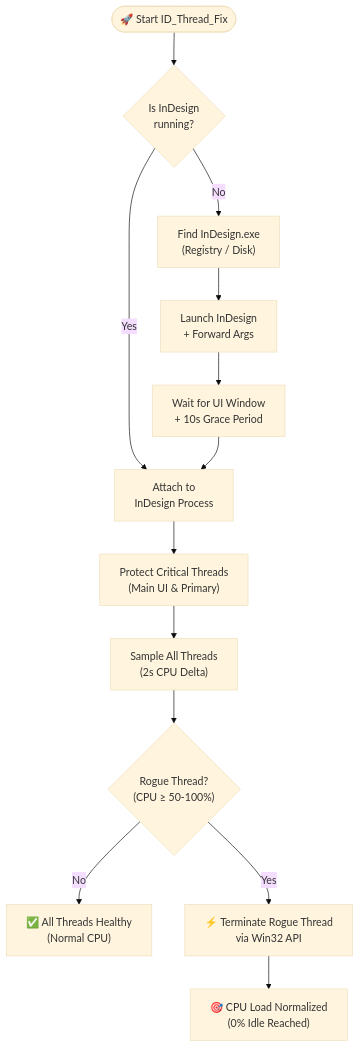
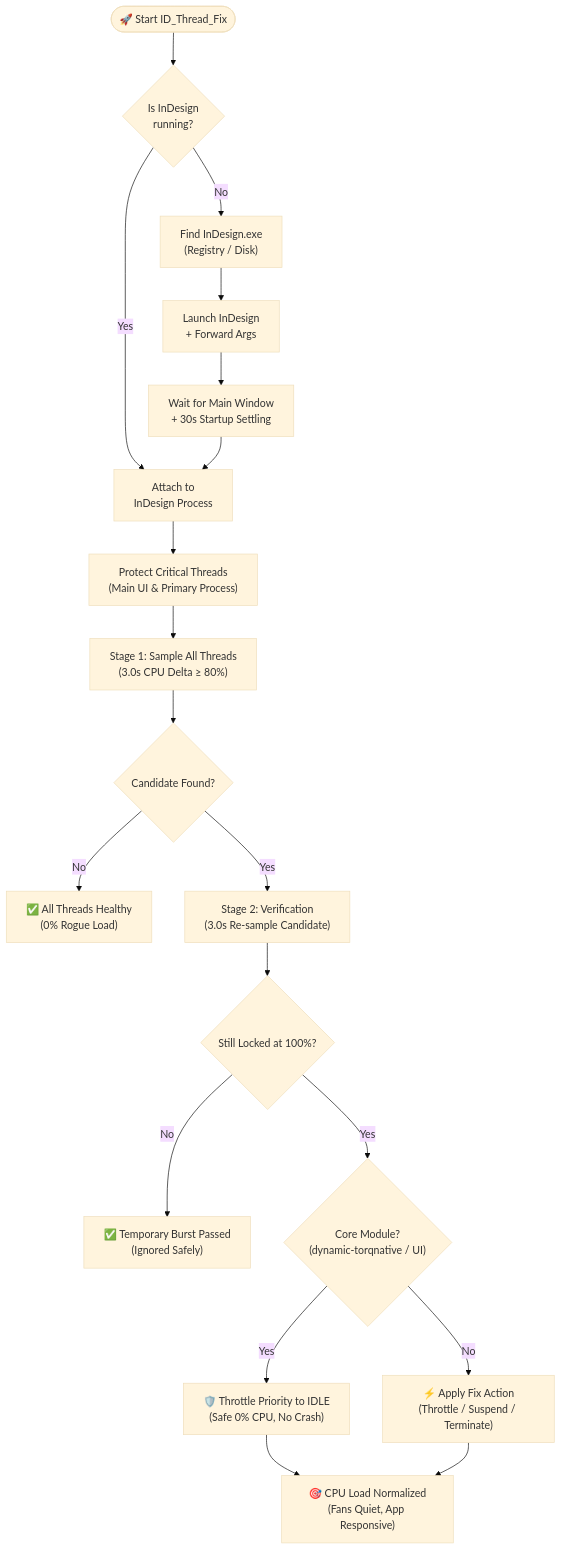
Before and after one commit to SaidAuita/ID_Thread_Fix: the first of 2 diagrams in README.md, drawn with Mermaid (base theme). The commit also changed other lines of this file and 3 other files, not shown here.

Commit message:
feat: v1.1.0 - Add priority throttling, core module whitelist, and dual-stage verification to prevent crashes

````diff
--- a/README.md
+++ b/README.md
@@ -64,15 +65,21 @@
 ```mermaid
 flowchart TD
     A(["🚀 Start ID_Thread_Fix"]) --> B{"Is InDesign<br/>running?"}
     B -- No --> C["Find InDesign.exe<br/>(Registry / Disk)"]
     C --> D["Launch InDesign<br/>+ Forward Args"]
-    D --> E["Wait for UI Window<br/>+ 10s Grace Period"]
+    D --> E["Wait for Main Window<br/>+ 30s Startup Settling"]
     B -- Yes --> F["Attach to<br/>InDesign Process"]
     E --> F
-    F --> G["Protect Critical Threads<br/>(Main UI & Primary)"]
-    G --> H["Sample All Threads<br/>(2s CPU Delta)"]
-    H --> I{"Rogue Thread?<br/>(CPU &ge; 50-100%)"}
-    I -- No --> J["✅ All Threads Healthy<br/>(Normal CPU)"]
-    I -- Yes --> K["⚡ Terminate Rogue Thread<br/>via Win32 API"]
-    K --> L["🎯 CPU Load Normalized<br/>(0% Idle Reached)"]
+    F --> G["Protect Critical Threads<br/>(Main UI & Primary Process)"]
+    G --> H["Stage 1: Sample All Threads<br/>(3.0s CPU Delta &ge; 80%)"]
+    H --> I{"Candidate Found?"}
+    I -- No --> J["✅ All Threads Healthy<br/>(0% Rogue Load)"]
+    I -- Yes --> K["Stage 2: Verification<br/>(3.0s Re-sample Candidate)"]
+    K --> L{"Still Locked at 100%?"}
+    L -- No --> M["✅ Temporary Burst Passed<br/>(Ignored Safely)"]
+    L -- Yes --> N{"Core Module?<br/>(dynamic-torqnative / UI)"}
+    N -- Yes --> O["🛡️ Throttle Priority to IDLE<br/>(Safe 0% CPU, No Crash)"]
+    N -- No --> P["⚡ Apply Fix Action<br/>(Throttle / Suspend / Terminate)"]
+    O --> Q["🎯 CPU Load Normalized<br/>(Fans Quiet, App Responsive)"]
+    P --> Q
 ```
````
